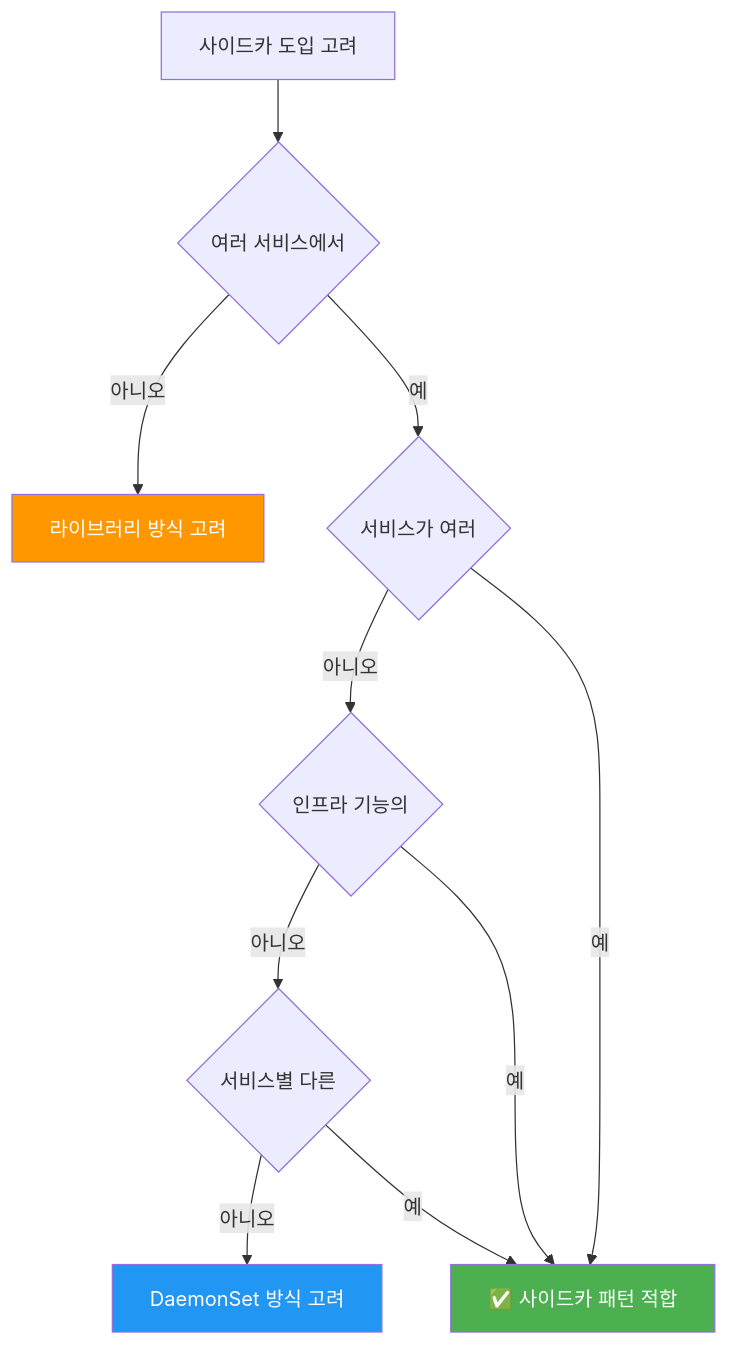
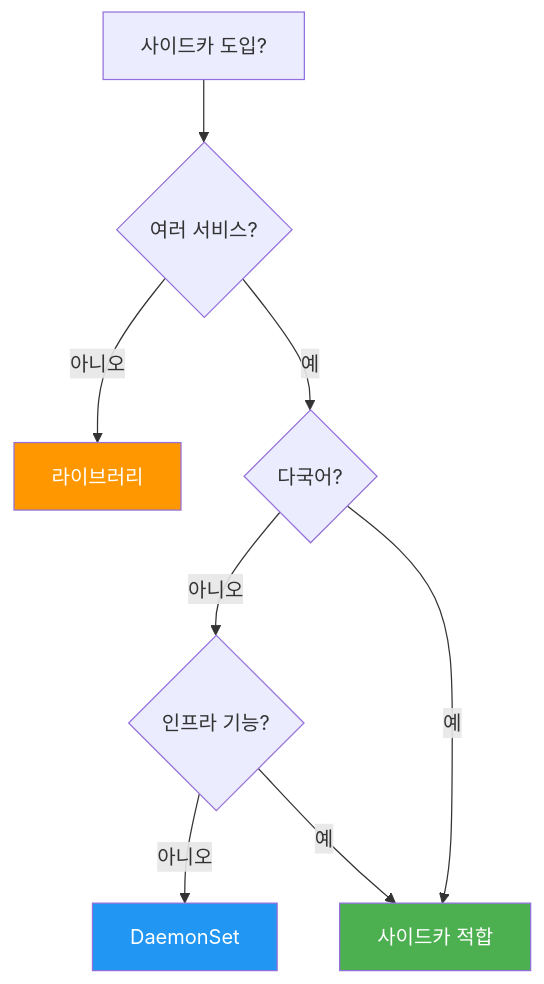
One commit to yjkim2015/yjkim2015.github.io changed the eighth of 8 diagrams in _posts/architecture/2026-05-02-sidecar-pattern.md. Above: the diagram before and after it, drawn with Mermaid. The commit also changed other lines of this file and 155 other files, not shown here.

First line of the commit message:
Mermaid 전면 수정: subgraph 제거, participant/노드/줄수 축소 (342블록)

````diff
--- a/_posts/architecture/2026-05-02-sidecar-pattern.md
+++ b/_posts/architecture/2026-05-02-sidecar-pattern.md
@@ -894,15 +885,13 @@
 ```mermaid
 graph TD
-    Start["사이드카 도입 고려"] --> Q1{"여러 서비스에서"}
-    Q1 -- "아니오" --> NoSidecar["라이브러리 방식 고려"]
-    Q1 -- "예" --> Q2{"서비스가 여러"}
-    Q2 -- "아니오" --> Q3{"인프라 기능의"}
-    Q2 -- "예" --> UseSidecar["✅ 사이드카 패턴 적합"]
-    Q3 -- "아니오" --> Q4{"서비스별 다른"}
+    Start["사이드카 도입?"] --> Q1{"여러 서비스?"}
+    Q1 -- "아니오" --> NoSidecar["라이브러리"]
+    Q1 -- "예" --> Q2{"다국어?"}
+    Q2 -- "아니오" --> Q3{"인프라 기능?"}
+    Q2 -- "예" --> UseSidecar["사이드카 적합"]
+    Q3 -- "아니오" --> DaemonSet["DaemonSet"]
     Q3 -- "예" --> UseSidecar
-    Q4 -- "아니오" --> DaemonSet["DaemonSet 방식 고려"]
-    Q4 -- "예" --> UseSidecar
     style UseSidecar fill:#4CAF50,color:#fff
     style NoSidecar fill:#FF9800,color:#fff
     style DaemonSet fill:#2196F3,color:#fff
 ```
````
